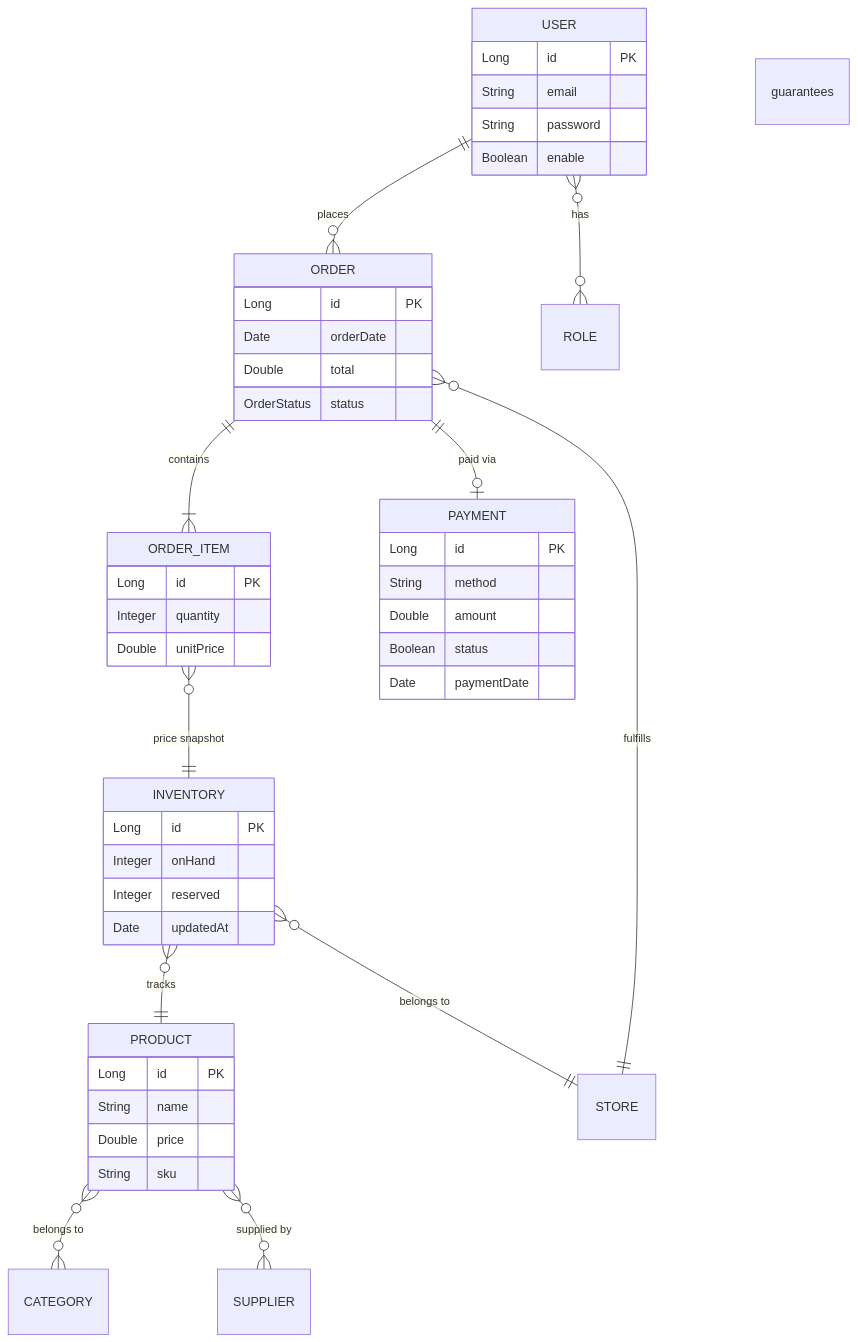
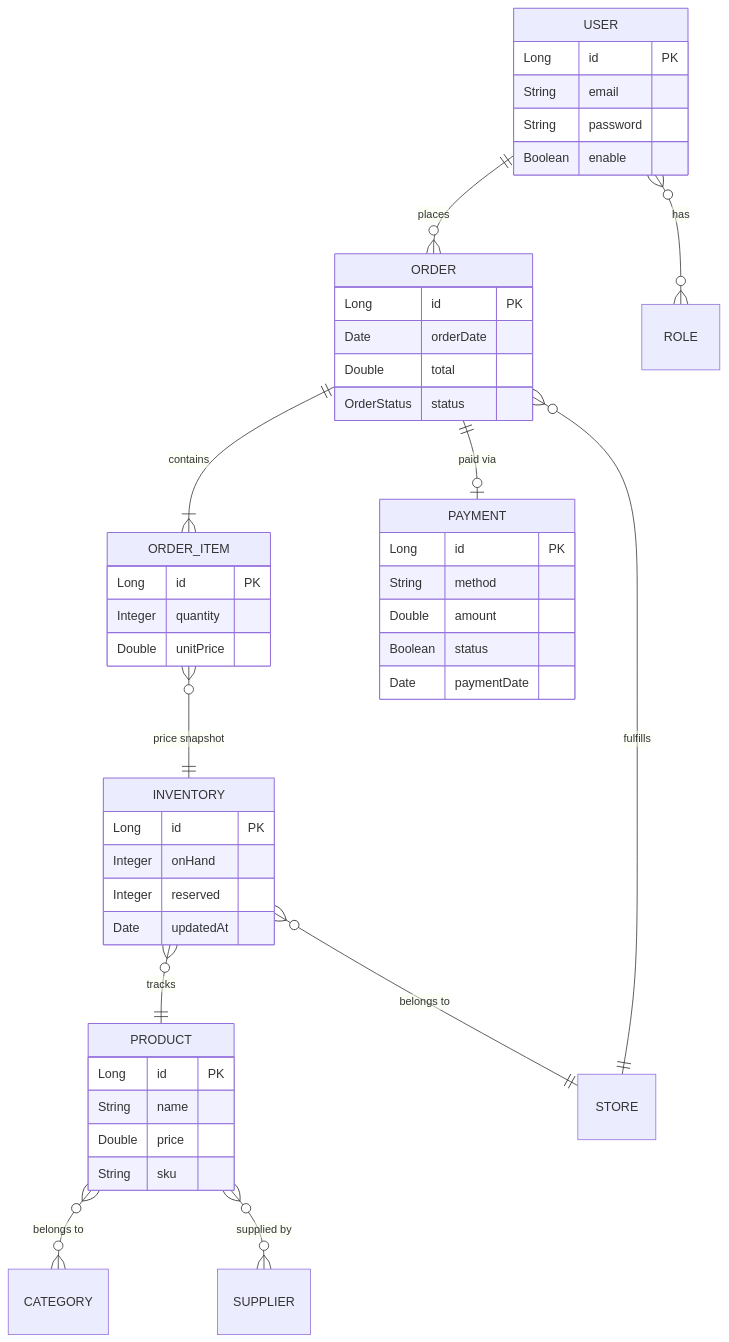
Before and after one commit to code-felipe/stock-flow: the first of 2 diagrams in docs/cart-module.md, drawn with Mermaid. The commit also changed other lines of this file, not shown here.

Commit message:
update: docs/cartItem - add cartItem diagram

````diff
--- a/docs/cart-module.md
+++ b/docs/cart-module.md
@@ -34,50 +35,50 @@
 ```mermaid
 erDiagram
     USER ||--o{ ORDER : places
     STORE ||--o{ ORDER : fulfills
     ORDER ||--|{ ORDER_ITEM : contains
     ORDER_ITEM }o--|| INVENTORY : "price snapshot"
     INVENTORY }o--|| PRODUCT : tracks
     INVENTORY }o--|| STORE : "belongs to"
     ORDER ||--o| PAYMENT : "paid via"
     PRODUCT }o--o{ CATEGORY : "belongs to"
     PRODUCT }o--o{ SUPPLIER : "supplied by"
     USER }o--o{ ROLE : "has"
 
     USER {
         Long id PK
         String email
         String password
         Boolean enable
     }
     ORDER {
         Long id PK
         Date orderDate
         Double total
         OrderStatus status
     }
     ORDER_ITEM {
         Long id PK
         Integer quantity
         Double unitPrice
-    }guarantees 
+    }
     INVENTORY {
         Long id PK
         Integer onHand
         Integer reserved
         Date updatedAt
     }
     PRODUCT {
         Long id PK
         String name
         Double price
         String sku
     }
     PAYMENT {
         Long id PK
         String method
         Double amount
         Boolean status
         Date paymentDate
     }
 ```
````
